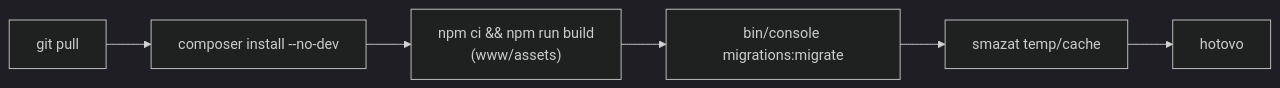
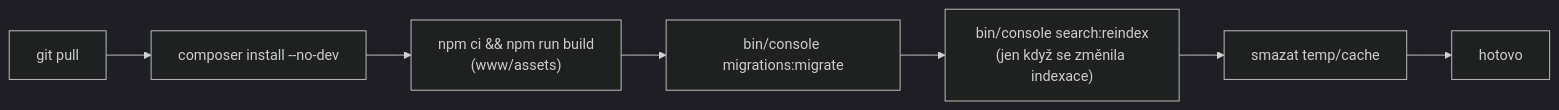
One commit to 731mat/konsel changed the diagram in doc/wiki/10-nasazeni-a-provoz.md. Above: the diagram before and after it, drawn with Mermaid (dark theme). The commit also changed 31 other files, not shown here.

````diff
--- a/doc/wiki/10-nasazeni-a-provoz.md
+++ b/doc/wiki/10-nasazeni-a-provoz.md
@@ -28,8 +28,9 @@
 ```mermaid
 flowchart LR
     A[git pull] --> B["composer install --no-dev"]
     B --> C["npm ci && npm run build<br/>(www/assets)"]
     C --> D["bin/console migrations:migrate"]
-    D --> E["smazat temp/cache"]
+    D --> D2["bin/console search:reindex<br/>(jen když se změnila indexace)"]
+    D2 --> E["smazat temp/cache"]
     E --> F[hotovo]
 ```
````
